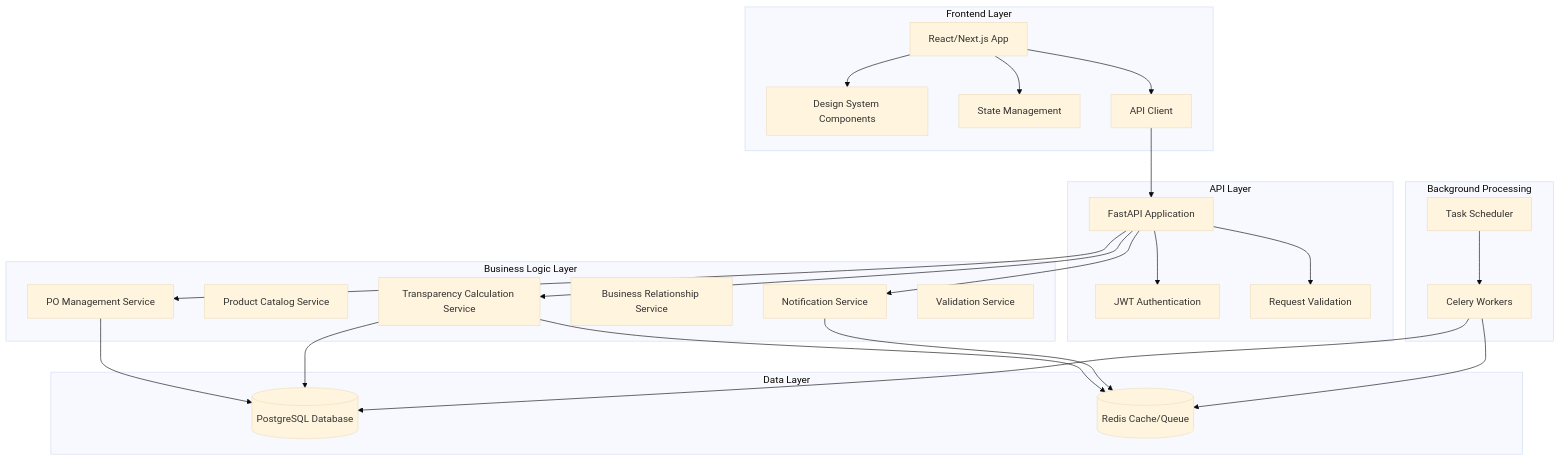
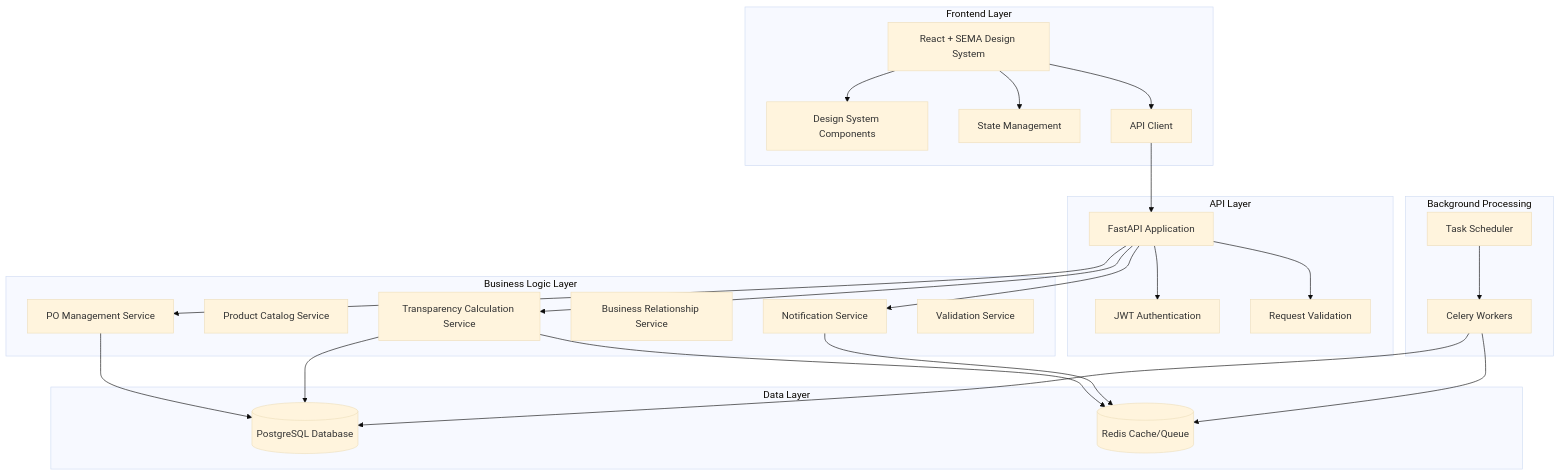
The diagram in .kiro/specs/common-backend-mvp/design.md (logicshaper19/common), drawn with Mermaid (base theme) before and after one commit. The commit also changed other lines of this file and 236 other files, not shown here.

````diff
--- a/.kiro/specs/common-backend-mvp/design.md
+++ b/.kiro/specs/common-backend-mvp/design.md
@@ -11,54 +11,54 @@
 ```mermaid
 graph TB
     subgraph "Frontend Layer"
-        REACT[React/Next.js App]
+        REACT[React + SEMA Design System]
         DESIGN_SYSTEM[Design System Components]
         STATE_MGMT[State Management]
         API_CLIENT[API Client]
     end
     
     subgraph "API Layer"
         FASTAPI[FastAPI Application]
         AUTH[JWT Authentication]
         VALIDATION[Request Validation]
     end
     
     subgraph "Business Logic Layer"
         PO_SERVICE[PO Management Service]
         PRODUCT_SERVICE[Product Catalog Service]
         TRANSPARENCY_SERVICE[Transparency Calculation Service]
         RELATIONSHIP_SERVICE[Business Relationship Service]
         NOTIFICATION_SERVICE[Notification Service]
         VALIDATION_SERVICE[Validation Service]
     end
     
     subgraph "Data Layer"
         POSTGRES[(PostgreSQL Database)]
         REDIS[(Redis Cache/Queue)]
     end
     
     subgraph "Background Processing"
         CELERY[Celery Workers]
         SCHEDULER[Task Scheduler]
     end
     
     REACT --> DESIGN_SYSTEM
     REACT --> STATE_MGMT
     REACT --> API_CLIENT
     API_CLIENT --> FASTAPI
     
     FASTAPI --> AUTH
     FASTAPI --> VALIDATION
     FASTAPI --> PO_SERVICE
     FASTAPI --> TRANSPARENCY_SERVICE
     FASTAPI --> NOTIFICATION_SERVICE
     
     PO_SERVICE --> POSTGRES
     TRANSPARENCY_SERVICE --> POSTGRES
     TRANSPARENCY_SERVICE --> REDIS
     NOTIFICATION_SERVICE --> REDIS
     
     CELERY --> REDIS
     CELERY --> POSTGRES
     SCHEDULER --> CELERY
 ```
````
